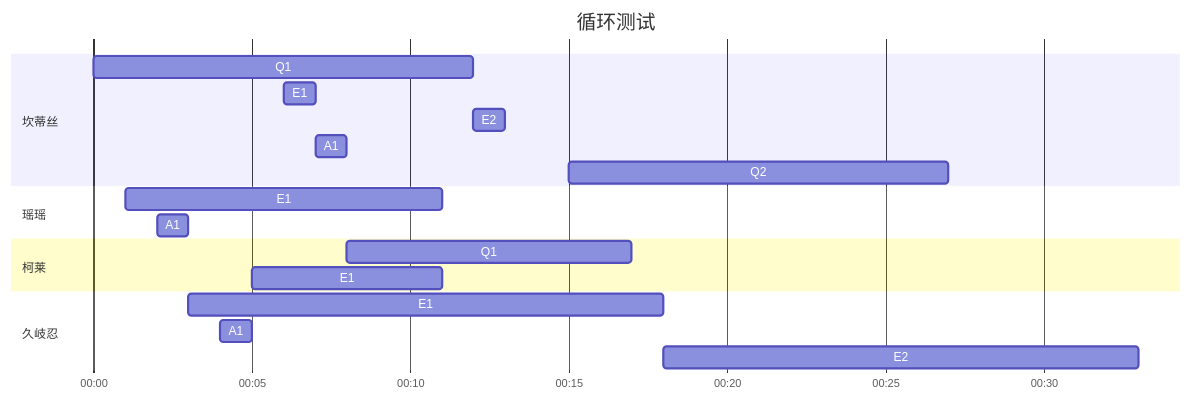
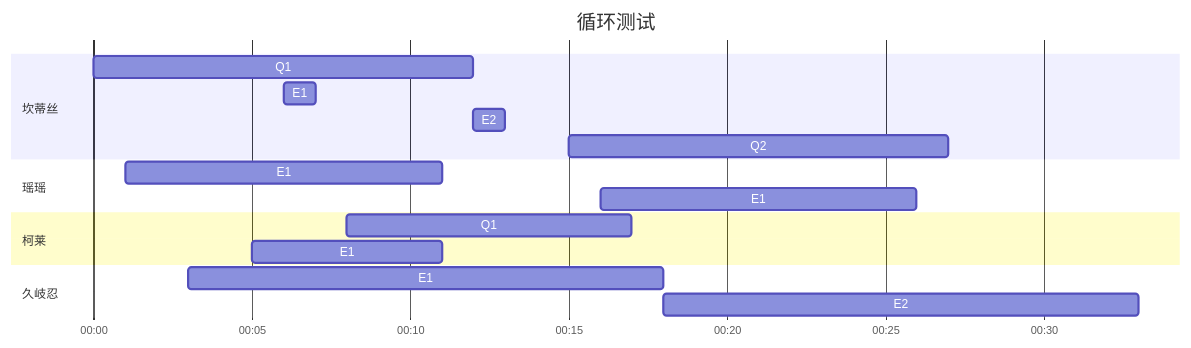
Before and after one commit to JiYouMCC/JiYouMCC.github.io: the second of 2 diagrams in _drafts/2022-1.md, drawn with Mermaid.

````diff
--- a/_drafts/2022-1.md
+++ b/_drafts/2022-1.md
@@ -21,28 +21,25 @@
 ```mermaid
 gantt
     title 循环测试
     axisFormat %M:%S
     todayMarker off
     
     section 坎蒂丝
     Q1   :    2023-01-29 12:00:00, 12s
     E1   :    2023-01-29 12:00:06, 1s
     E2   :    2023-01-29 12:00:12, 1s
-    A1   :    2023-01-29 12:00:07, 1s
     Q2   :    2023-01-29 12:00:15, 12s
     
     section 瑶瑶
     E1   :    2023-01-29 12:00:01, 10s
-    A1   :    2023-01-29 12:00:02, 1s
+    E1   :    2023-01-29 12:00:16, 10s
     
     section 柯莱
     Q1   :    2023-01-29 12:00:08, 9s
     E1   :    2023-01-29 12:00:05, 6s
     
     section 久岐忍
     E1   :    2023-01-29 12:00:03, 15s
-    A1   :    2023-01-29 12:00:04, 1s
     E2   :    2023-01-29 12:00:18, 15s
-    
-    
+        
 ```
````
